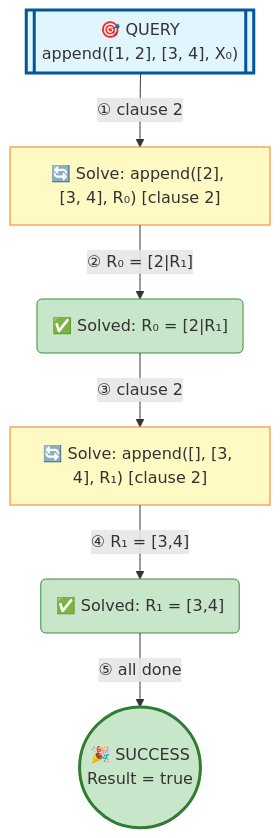
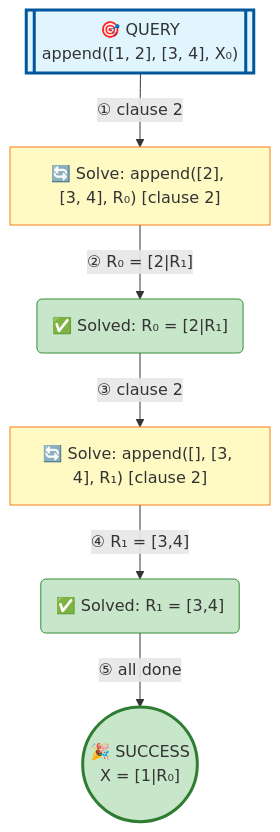
One commit to jarecsni/prolog-trace-viz changed the diagram in examples/append-minimal.md. Above: the diagram before and after it, drawn with Mermaid. The commit also changed other lines of this file and 14 other files, not shown here.

````diff
--- a/examples/append-minimal.md
+++ b/examples/append-minimal.md
@@ -16,26 +16,26 @@
 ```mermaid
 graph TD
 
 %% Nodes
 A[["🎯 QUERY<br/>append([1, 2], [3, 4], X₀)"]]
 B["🔄 Solve: append([2], [3, 4], R₀) [clause 2]"]
 C("✅ Solved: R₀ = [2|R₁]")
 D["🔄 Solve: append([], [3, 4], R₁) [clause 2]"]
 E("✅ Solved: R₁ = [3,4]")
-F(("🎉 SUCCESS<br/>Result = true"))
+F(("🎉 SUCCESS<br/>X = [1|R₀]"))
 
 %% Edges
 A -->|"① clause 2"| B
 B -->|"② R₀ = [2|R₁]"| C
 C -->|"③ clause 2"| D
 D -->|"④ R₁ = [3,4]"| E
 E -->|"⑤ all done"| F
 
 %% Styles
 style A fill:#e1f5ff,stroke:#01579b,stroke-width:3px
 style B fill:#fff9c4,stroke:#f57f17
 style C fill:#c8e6c9,stroke:#388e3c
 style D fill:#fff9c4,stroke:#f57f17
 style E fill:#c8e6c9,stroke:#388e3c
 style F fill:#c8e6c9,stroke:#2e7d32,stroke-width:3px
 ```
````
